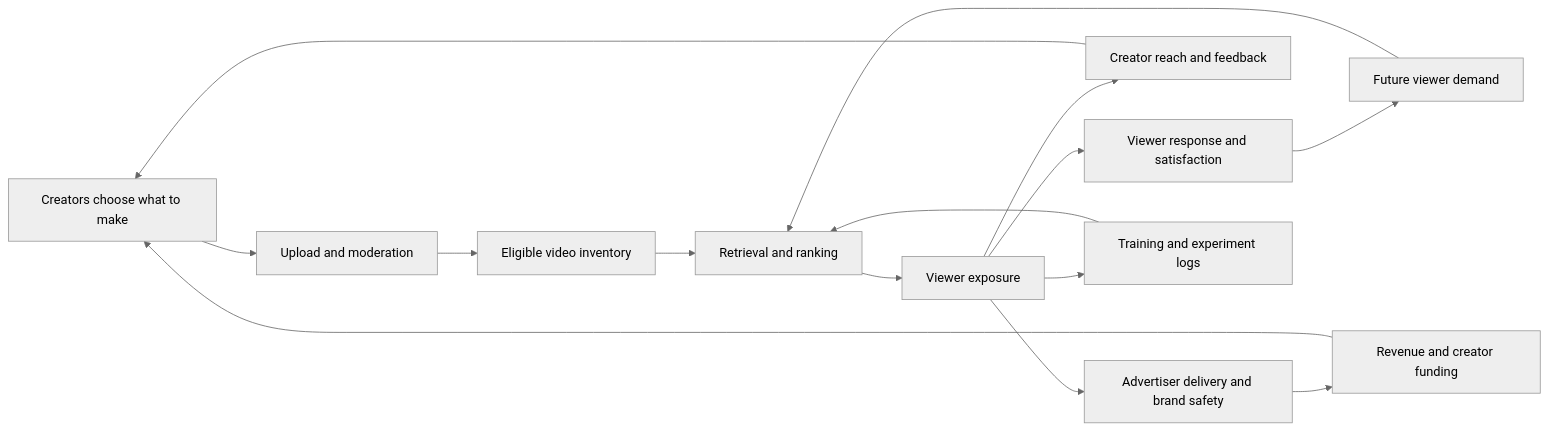
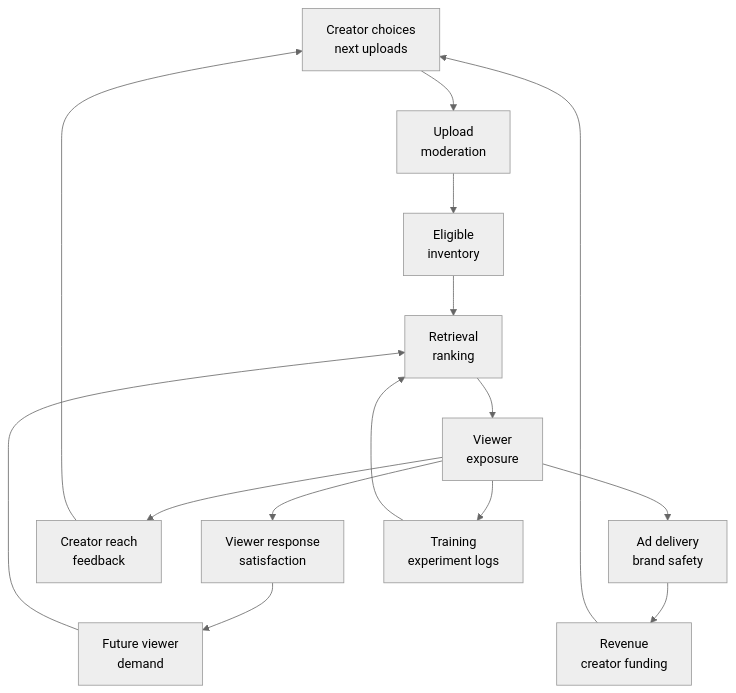
One commit to mlmentorship/mlmentorship.github.io changed the second of 3 diagrams in src/content/posts/2026-08-29-design-short-form-video-ecosystem.md. Above: the diagram before and after it, drawn with Mermaid (neutral theme). The commit also changed other lines of this file and 258 other files, not shown here.

````diff
--- a/src/content/posts/2026-08-29-design-short-form-video-ecosystem.md
+++ b/src/content/posts/2026-08-29-design-short-form-video-ecosystem.md
@@ -100,17 +191,22 @@
 ```mermaid
-flowchart LR
-  C[Creators choose what to make] --> U[Upload and moderation]
-  U --> E[Eligible video inventory]
-  E --> R[Retrieval and ranking]
-  R --> X[Viewer exposure]
-  X --> V[Viewer response and satisfaction]
-  X --> O[Creator reach and feedback]
+flowchart TB
+  accTitle: Attention allocation changes creator supply, demand, revenue and later training
+  accDescr: Creators upload into moderated inventory. Retrieval and ranking allocate viewer exposure. Viewer responses affect future demand; creator reach and funding affect future production. Advertising and training logs also depend on this allocation. These coupled delayed paths can create interference rather than independent item outcomes.
+  C["Creator choices<br/>next uploads"] --> U["Upload<br/>moderation"]
+  U --> E["Eligible<br/>inventory"]
+  E --> R["Retrieval<br/>ranking"]
+  R --> X["Viewer<br/>exposure"]
+  X --> V["Viewer response<br/>satisfaction"]
+  X --> O["Creator reach<br/>feedback"]
   O --> C
-  V --> D[Future viewer demand]
+  V --> D["Future viewer<br/>demand"]
   D --> R
-  X --> A[Advertiser delivery and brand safety]
-  A --> B[Revenue and creator funding]
+  X --> A["Ad delivery<br/>brand safety"]
+  A --> B["Revenue<br/>creator funding"]
   B --> C
-  X --> L[Training and experiment logs]
+  X --> L["Training<br/>experiment logs"]
   L --> R
+  class C,E viz-state
+  class R,X viz-focus
+  class V,O,A,L viz-output
 ```
````
